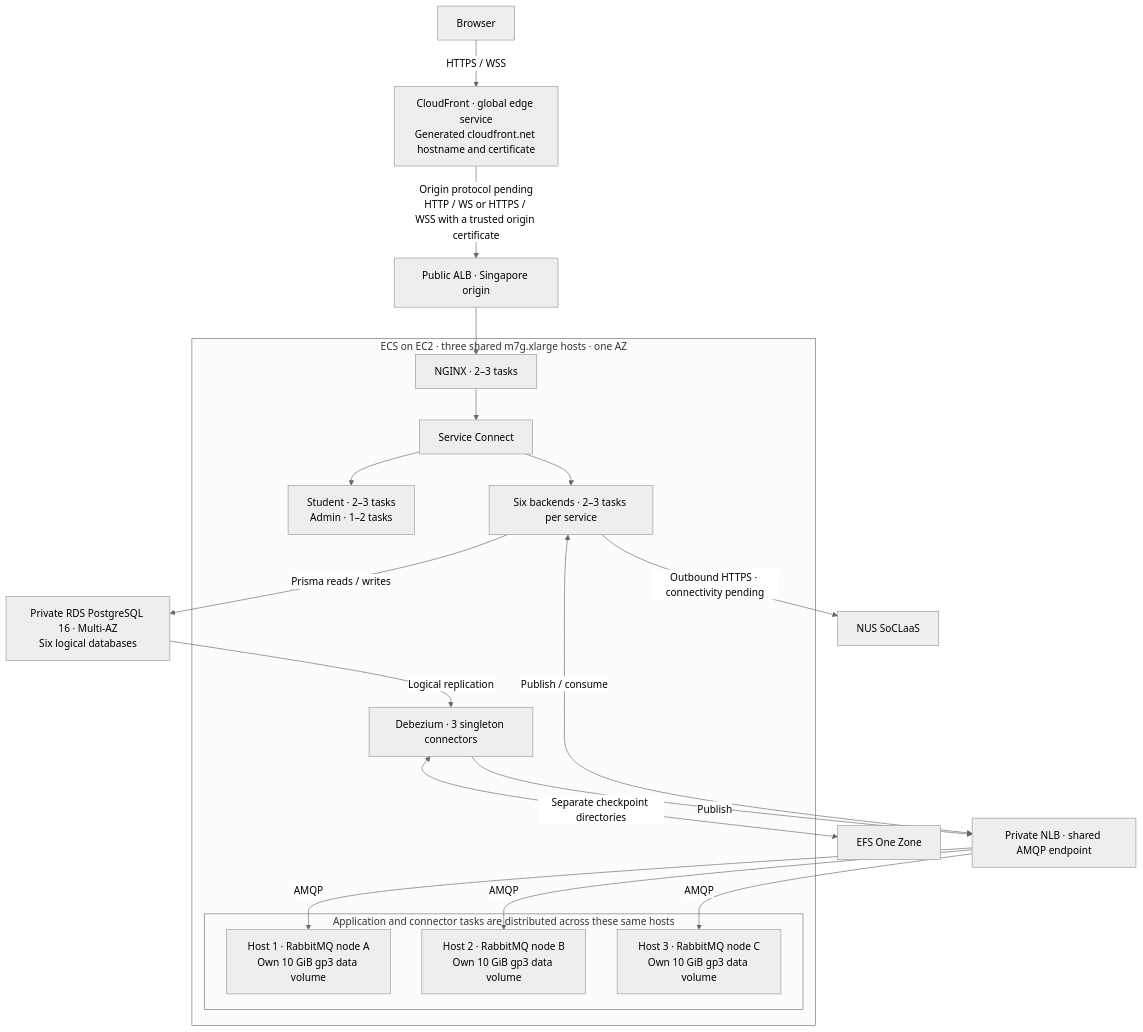
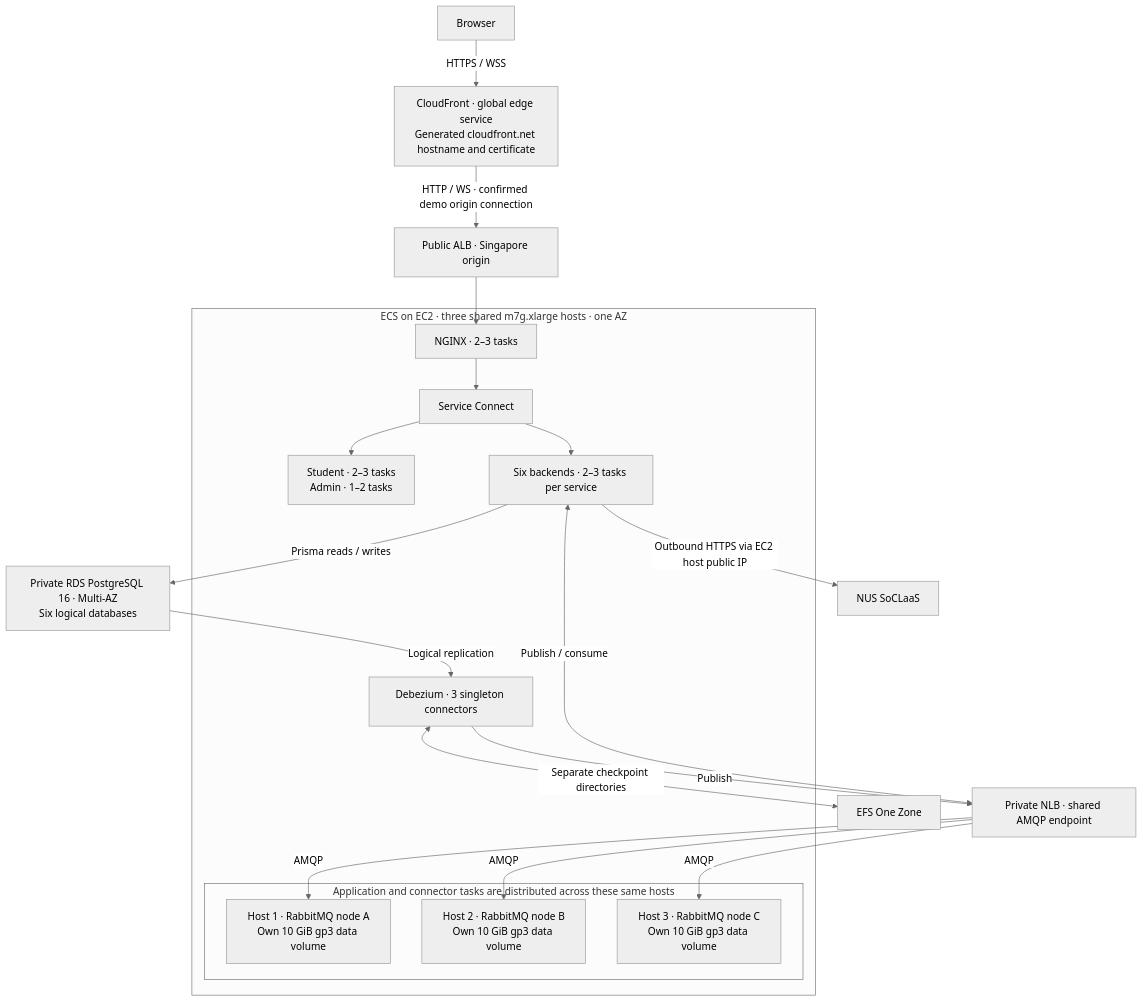
One commit to AY2627S1-CS3219-P25/friend-on-campus changed the diagram in docs/new-cloud-architecture-guide.md. Above: the diagram before and after it, drawn with Mermaid (neutral theme). The commit also changed other lines of this file and 2 other files, not shown here.

Commit message:
Update cloud architecture decisions

````diff
--- a/docs/new-cloud-architecture-guide.md
+++ b/docs/new-cloud-architecture-guide.md
@@ -53,27 +59,27 @@
 ```mermaid
 %% AI-generated (edited by ngkhengyang)
 flowchart TB
     Browser["Browser"] -->|"HTTPS / WSS"| CF["CloudFront · global edge service<br/>Generated cloudfront.net hostname and certificate"]
-    CF -->|"Origin protocol pending<br/>HTTP / WS or HTTPS / WSS with a trusted origin certificate"| ALB["Public ALB · Singapore origin"]
+    CF -->|"HTTP / WS · confirmed demo origin connection"| ALB["Public ALB · Singapore origin"]
     subgraph Fleet["ECS on EC2 · three shared m7g.xlarge hosts · one AZ"]
         NGINX["NGINX · 2–3 tasks"] --> SC["Service Connect"]
         SC --> FE["Student · 2–3 tasks<br/>Admin · 1–2 tasks"]
         SC --> API["Six backends · 2–3 tasks per service"]
         CDC["Debezium · 3 singleton connectors"]
         subgraph Hosts["Application and connector tasks are distributed across these same hosts"]
             H1["Host 1 · RabbitMQ node A<br/>Own 10 GiB gp3 data volume"]
             H2["Host 2 · RabbitMQ node B<br/>Own 10 GiB gp3 data volume"]
             H3["Host 3 · RabbitMQ node C<br/>Own 10 GiB gp3 data volume"]
         end
     end
     ALB --> NGINX
     API -->|"Prisma reads / writes"| RDS["Private RDS PostgreSQL 16 · Multi-AZ<br/>Six logical databases"]
     RDS -->|"Logical replication"| CDC
     CDC <-->|"Separate checkpoint directories"| EFS["EFS One Zone"]
     CDC -->|"Publish"| NLB["Private NLB · shared AMQP endpoint"]
     API <-->|"Publish / consume"| NLB
     NLB -->|"AMQP"| H1
     NLB -->|"AMQP"| H2
     NLB -->|"AMQP"| H3
-    API -->|"Outbound HTTPS · connectivity pending"| SoCLaaS["NUS SoCLaaS"]
+    API -->|"Outbound HTTPS via EC2 host public IP"| SoCLaaS["NUS SoCLaaS"]
 ```
````
